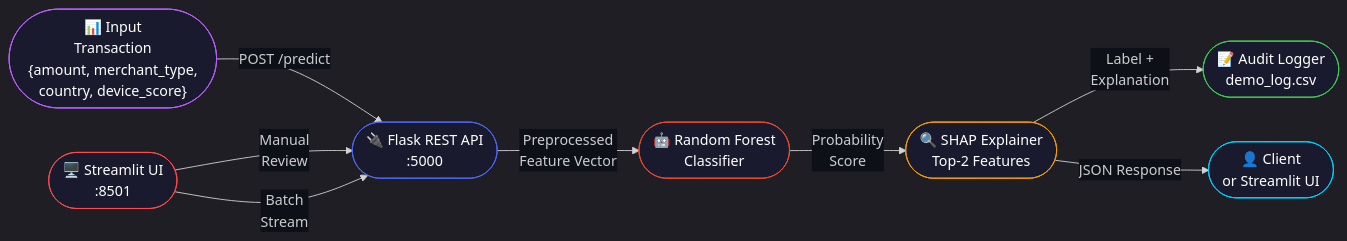
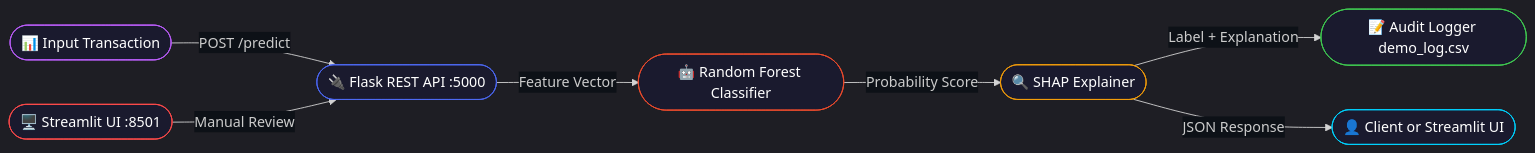
The diagram in README.md (SKYLINE217/AI-IN-CYBER-SECURITY), drawn with Mermaid before and after one commit. The commit also changed other lines of this file, not shown here.

````diff
--- a/README.md
+++ b/README.md
@@ -69,22 +54,19 @@
 ```mermaid
 %%{init: {'theme': 'dark', 'themeVariables': {'primaryColor': '#BF5FFF', 'edgeLabelBackground':'#0D1117', 'fontSize': '16px'}}}%%
 graph LR
-    A(["📊 Input\nTransaction\n{amount, merchant_type,\ncountry, device_score}"])-->|"POST /predict"|B
-    B(["🔌 Flask REST API\n:5000"])-->|"Preprocessed\nFeature Vector"|C
-    C(["🤖 Random Forest\nClassifier"])-->|"Probability\nScore"|D
-    D(["🔍 SHAP Explainer\nTop-2 Features"])-->|"Label +\nExplanation"|E
-    E(["📝 Audit Logger\ndemo_log.csv"])
+    A(["📊 Input Transaction"])-->|"POST /predict"|B
+    B(["🔌 Flask REST API :5000"])-->|"Feature Vector"|C
+    C(["🤖 Random Forest Classifier"])-->|"Probability Score"|D
+    D(["🔍 SHAP Explainer"])-->|"Label + Explanation"|E
+    E(["📝 Audit Logger demo_log.csv"])
     D-->|"JSON Response"|F
-    F(["👤 Client\nor Streamlit UI"])
-
-    A2(["🖥️ Streamlit UI\n:8501"])-->|"Manual\nReview"|B
-    A2-->|"Batch\nStream"|B
-
+    F(["👤 Client or Streamlit UI"])
+    A2(["🖥️ Streamlit UI :8501"])-->|"Manual Review"|B
     style A fill:#1a1a2e,stroke:#BF5FFF,color:#fff
     style B fill:#1a1a2e,stroke:#4D6AF5,color:#fff
     style C fill:#1a1a2e,stroke:#EE4C2C,color:#fff
     style D fill:#1a1a2e,stroke:#F59E0B,color:#fff
     style E fill:#1a1a2e,stroke:#41CD52,color:#fff
     style F fill:#1a1a2e,stroke:#00D4FF,color:#fff
     style A2 fill:#1a1a2e,stroke:#FF4B4B,color:#fff
 ```
````
